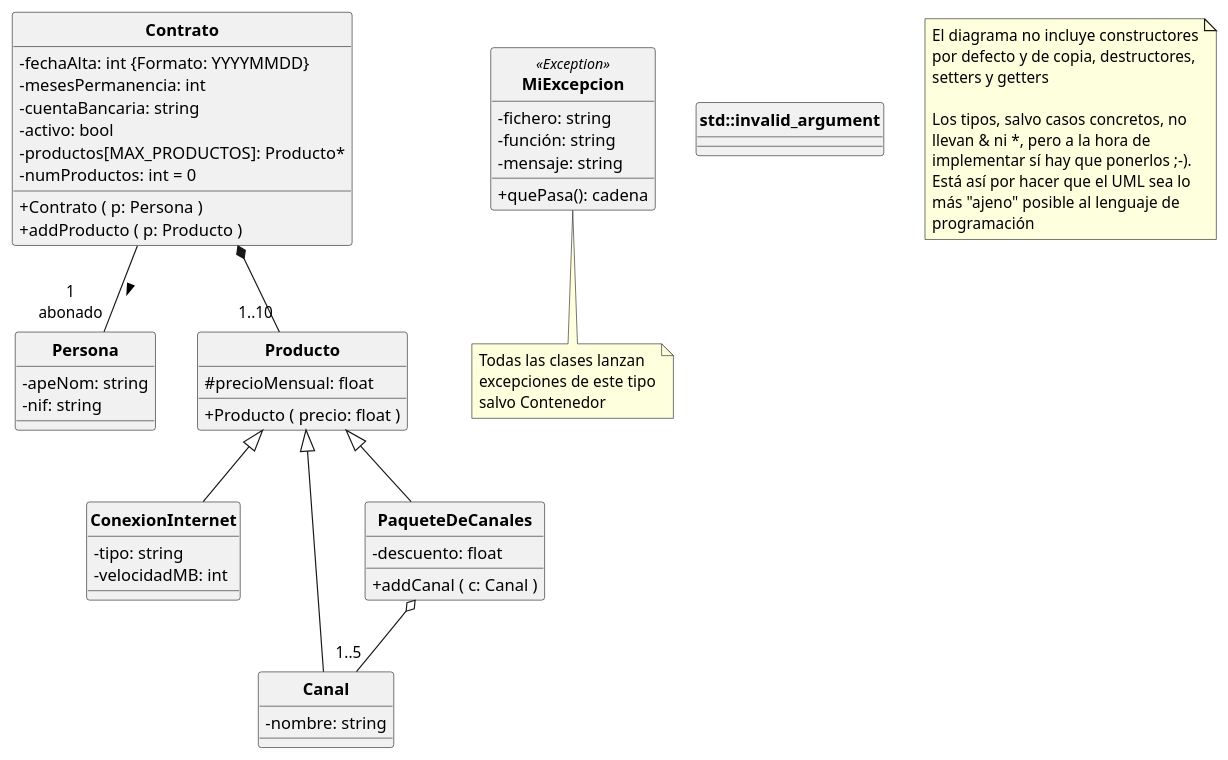
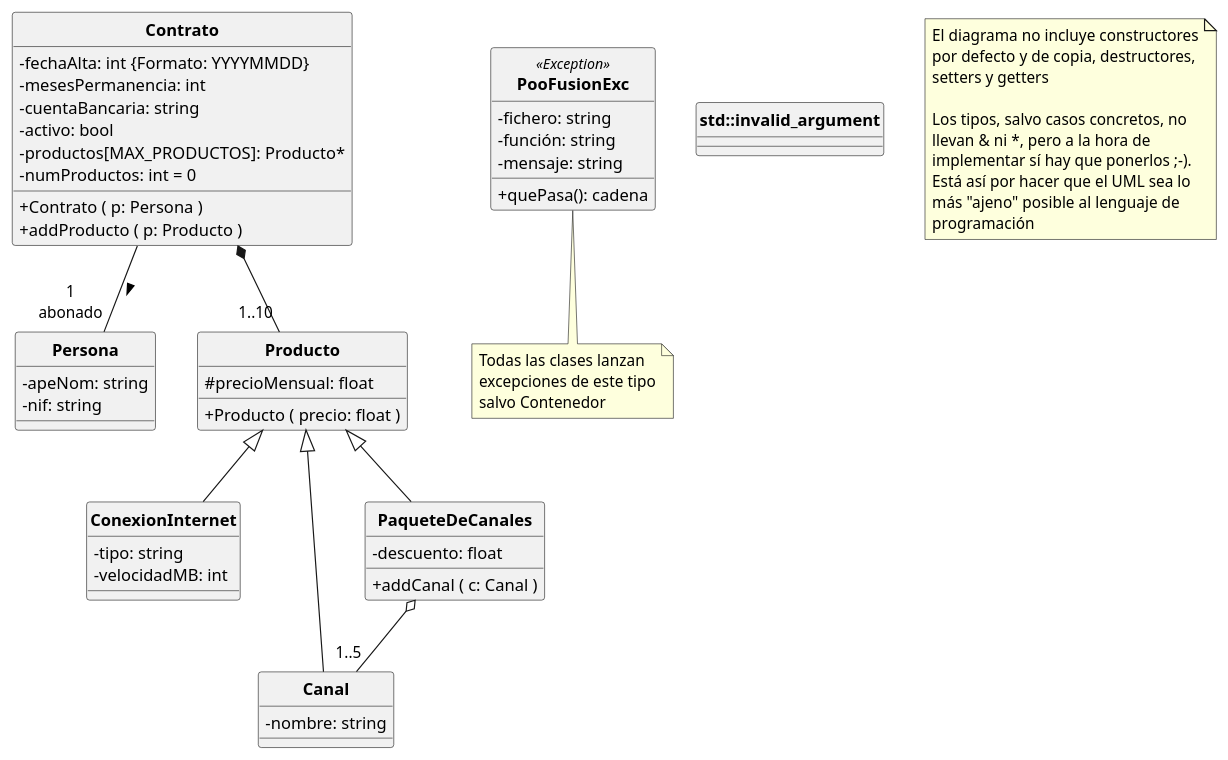
Before and after one commit to POOUJA/PooFusion: the diagram in PooFusion.puml, drawn with PlantUML. The commit also changed 17 other files, not shown here.

```diff
--- a/PooFusion.puml
+++ b/PooFusion.puml
@@ -1,77 +1,77 @@
 @startuml
 
 hide circle
 skinparam classattributeiconsize 0
 skinparam classFontStyle bold
 
 class Persona {
    - apeNom: string
    - nif: string
 }
 
 class Contrato {
    - fechaAlta: int {Formato: YYYYMMDD}
    - mesesPermanencia: int
    - cuentaBancaria: string
    - activo: bool
    - productos[MAX_PRODUCTOS]: Producto*
    - numProductos: int = 0
    + Contrato ( p: Persona )
    + addProducto ( p: Producto )
 }
 
 class Producto {
    # precioMensual: float
    + Producto ( precio: float )
 }
 
 class ConexionInternet {
    - tipo: string
    - velocidadMB: int
 }
 
 class Canal {
    - nombre: string
 }
 
 class PaqueteDeCanales {
    - descuento: float
    + addCanal ( c: Canal )
 }
 
 
-class MiExcepcion<<Exception>> {
+class PooFusionExc<<Exception>> {
    - fichero: string
    - función: string
    - mensaje: string
    + quePasa(): cadena
 }
-note bottom of MiExcepcion
+note bottom of PooFusionExc
    Todas las clases lanzan
    excepciones de este tipo
    salvo Contenedor
 end note
 
 class std::invalid_argument
 
 Contrato -- "1\nabonado" Persona: >
 Producto <|-- ConexionInternet 
 Producto <|-- Canal
 Producto <|-- PaqueteDeCanales
 Contrato *-- "1..10" Producto
 PaqueteDeCanales o-- "1..5"Canal
 
 note as Nota1
    El diagrama no incluye constructores
    por defecto y de copia, destructores,
    setters y getters
 
    Los tipos, salvo casos concretos, no
    llevan & ni *, pero a la hora de
    implementar sí hay que ponerlos ;-). 
    Está así por hacer que el UML sea lo
    más "ajeno" posible al lenguaje de
    programación
 end note
 
 @enduml
```
